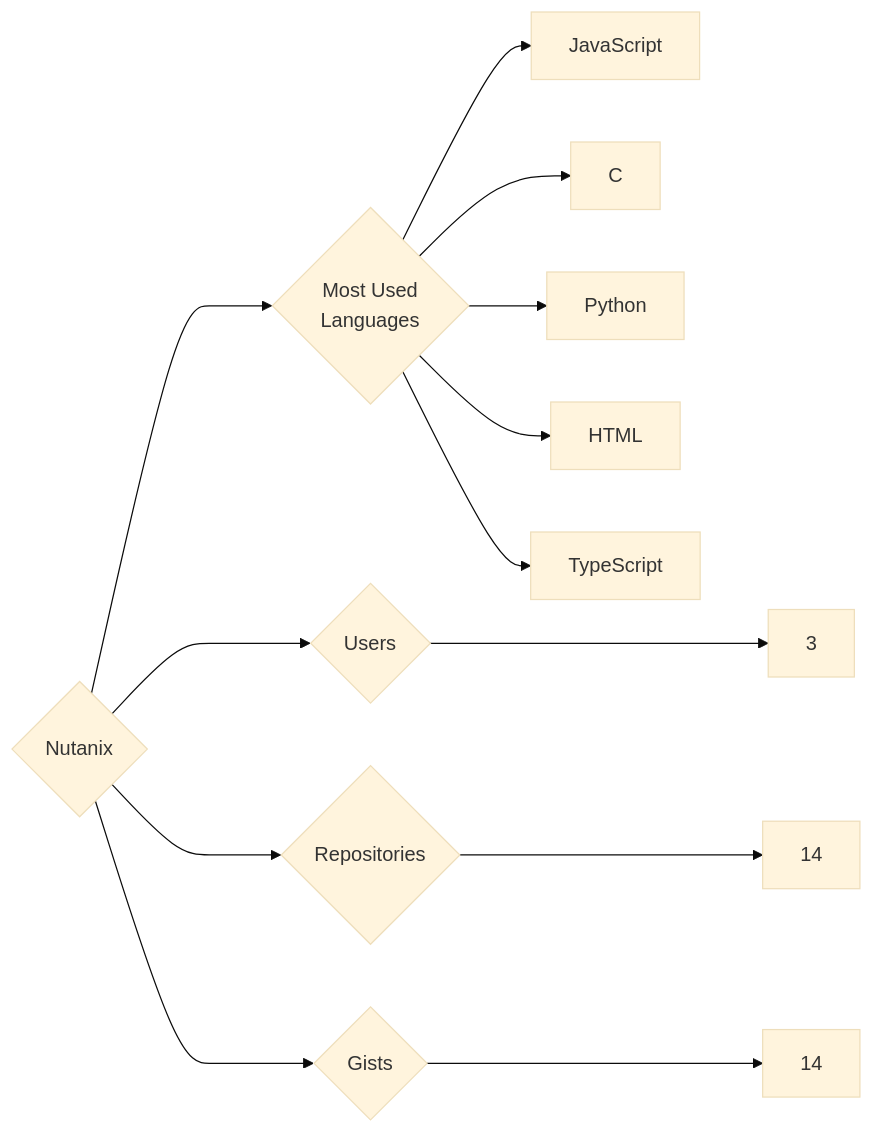
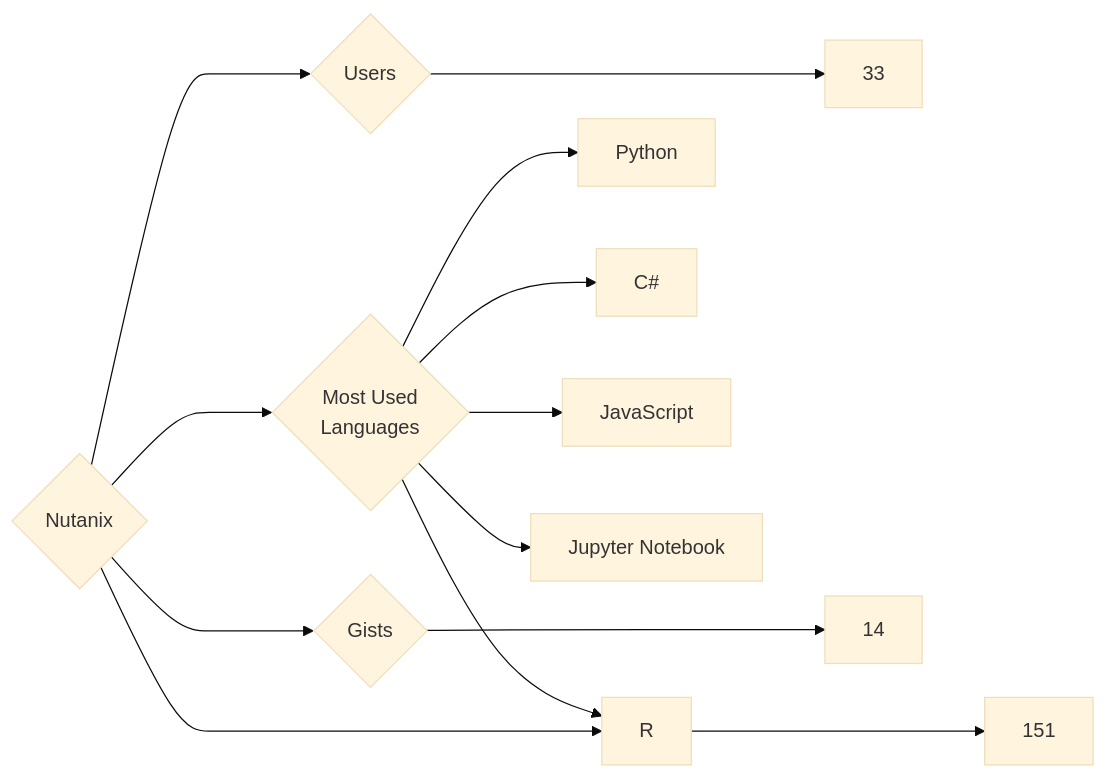
One commit to trickest/insiders changed the diagram in targets/Nutanix/README.md. Above: the diagram before and after it, drawn with Mermaid (base theme). The commit also changed 799 other files, not shown here.

````diff
--- a/targets/Nutanix/README.md
+++ b/targets/Nutanix/README.md
@@ -3,13 +3,13 @@
 ```mermaid
 graph LR
 COMPANY_NAME{Nutanix}
-COMPANY_NAME ---> U{Users} ---> UN[3]
-COMPANY_NAME ---> R{Repositories} ---> RN[14]
+COMPANY_NAME ---> U{Users} ---> UN[33]
+COMPANY_NAME ---> R{Repositories} ---> RN[151]
 COMPANY_NAME ---> G{Gists} ---> GN[14]
 COMPANY_NAME ---> ML{Most Used<br>Languages}
+ML --> Python[Python]
+ML --> C#[C#]
+ML --> R[R]
 ML --> JavaScript[JavaScript]
-ML --> C[C]
-ML --> Python[Python]
-ML --> HTML[HTML]
-ML --> TypeScript[TypeScript]
+ML --> Jupyter_Notebook[Jupyter Notebook]
 ```
````
